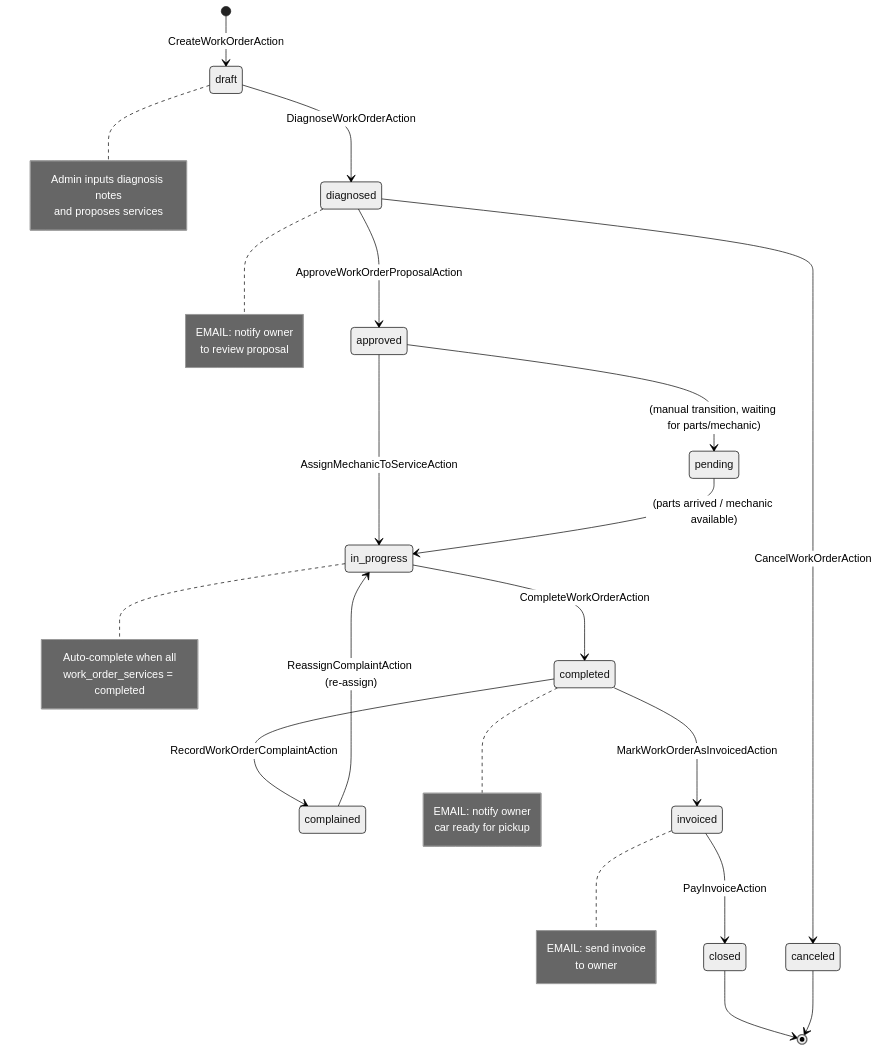
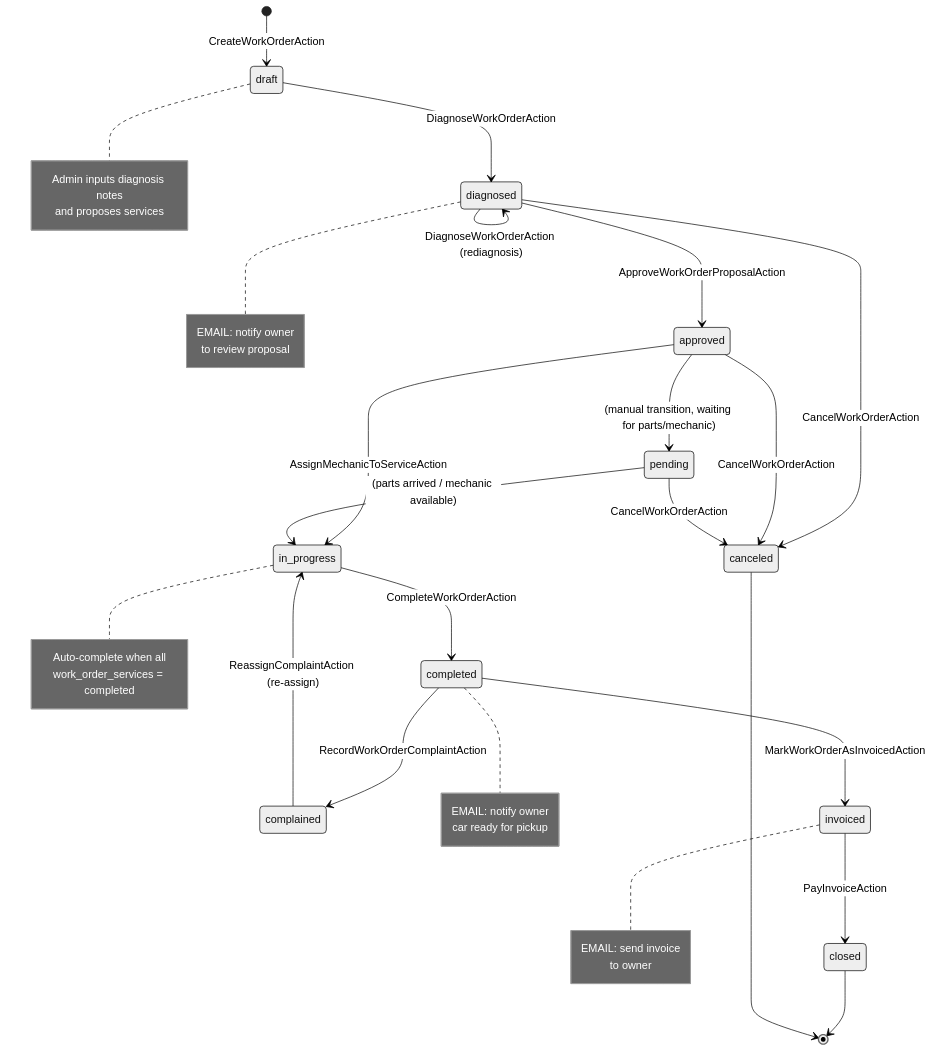
One commit to dharmasaputraa/car-workshop changed the second of 7 diagrams in docs/architecture-en.md. Above: the diagram before and after it, drawn with Mermaid (neutral theme). The commit also changed other lines of this file and 1 other file, not shown here.

Commit message:
docs: sync ERD and state machines with actual codebase implementation

````diff
--- a/docs/architecture-en.md
+++ b/docs/architecture-en.md
@@ -646,47 +646,50 @@
 ```mermaid
 stateDiagram-v2
 
     [*] --> draft : CreateWorkOrderAction
 
     draft --> diagnosed : DiagnoseWorkOrderAction
     note right of draft
         Admin inputs diagnosis notes
         and proposes services
     end note
 
     diagnosed --> approved : ApproveWorkOrderProposalAction
+    diagnosed --> diagnosed : DiagnoseWorkOrderAction (rediagnosis)
     diagnosed --> canceled : CancelWorkOrderAction
     note right of diagnosed
         EMAIL: notify owner
         to review proposal
     end note
 
     approved --> pending : (manual transition, waiting for parts/mechanic)
     approved --> in_progress : AssignMechanicToServiceAction
+    approved --> canceled : CancelWorkOrderAction
 
     pending --> in_progress : (parts arrived / mechanic available)
+    pending --> canceled : CancelWorkOrderAction
 
     in_progress --> completed : CompleteWorkOrderAction
     note right of in_progress
         Auto-complete when all
         work_order_services = completed
     end note
 
     completed --> complained : RecordWorkOrderComplaintAction
     completed --> invoiced : MarkWorkOrderAsInvoicedAction
     note right of completed
         EMAIL: notify owner
         car ready for pickup
     end note
 
     complained --> in_progress : ReassignComplaintAction (re-assign)
 
     invoiced --> closed : PayInvoiceAction
     note right of invoiced
         EMAIL: send invoice
         to owner
     end note
 
     closed --> [*]
     canceled --> [*]
 ```
````
